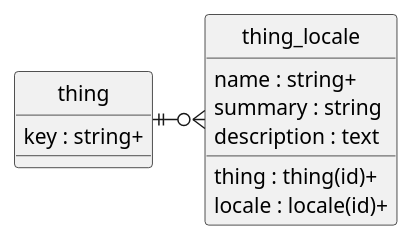
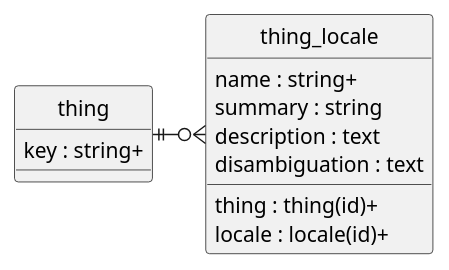
One commit to contactopensource/contactopensource changed the diagram in doc/concepts/thing/uml.plantuml. Above: the diagram before and after it, drawn with PlantUML. The commit also changed 3 other files, not shown here.

```diff
--- a/doc/concepts/thing/uml.plantuml
+++ b/doc/concepts/thing/uml.plantuml
@@ -1,20 +1,21 @@
 @startuml uml
 skinparam monochrome true
 skinparam linetype ortho
 hide circle
 
 entity thing {
     key : string+
 }
 
 entity thing_locale {
     thing : thing(id)+
     locale : locale(id)+
     name : string+
     summary : string
     description : text
+    disambiguation : text
 }
 
 thing ||-r-o{ thing_locale
 
 @enduml
```
